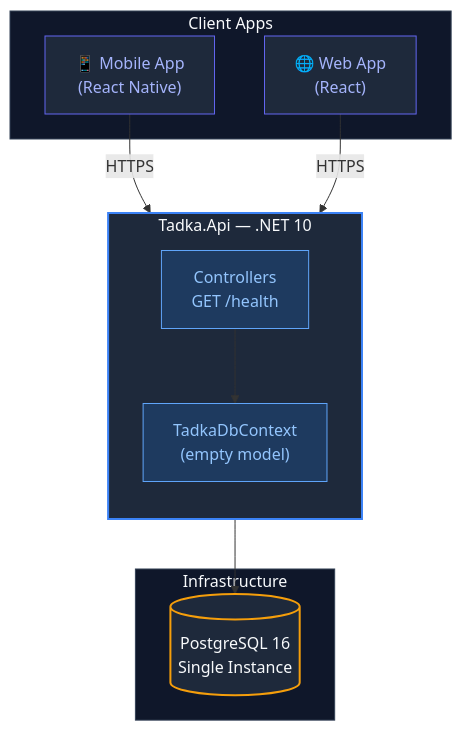
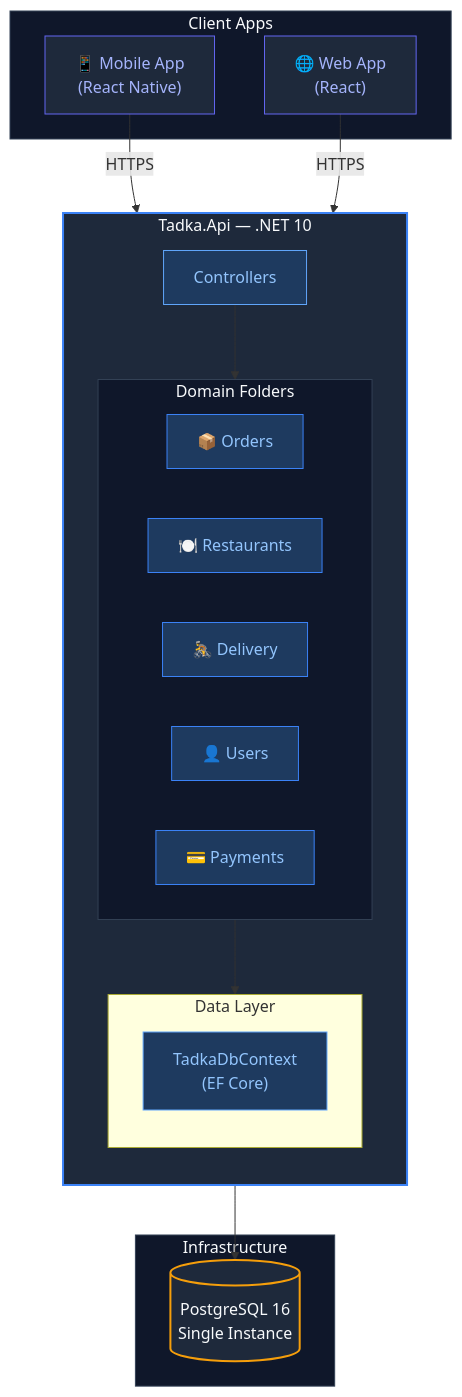
One commit to desiarchitect/tadka-cohort changed the diagram in docs/diagrams/day-01-monolith-architecture.md. Above: the diagram before and after it, drawn with Mermaid. The commit also changed other lines of this file and 32 other files, not shown here.

Commit message:
day-02: domain model, schema-per-domain, health/ready — same tree as tadka

````diff
--- a/docs/diagrams/day-01-monolith-architecture.md
+++ b/docs/diagrams/day-01-monolith-architecture.md
@@ -7,31 +7,51 @@
 ```mermaid
 graph TB
     subgraph Clients["Client Apps"]
         mobile["📱 Mobile App<br/>(React Native)"]
         web["🌐 Web App<br/>(React)"]
     end
 
     subgraph api["Tadka.Api — .NET 10"]
         direction TB
-        controllers["Controllers<br/>GET /health"]
-        dbcontext["TadkaDbContext<br/>(empty model)"]
-        controllers --> dbcontext
+        controllers["Controllers"]
+        
+        subgraph domains["Domain Folders"]
+            direction LR
+            orders["📦 Orders"]
+            restaurants["🍽️ Restaurants"]
+            delivery["🚴 Delivery"]
+            users["👤 Users"]
+            payments["💳 Payments"]
+        end
+        
+        subgraph data["Data Layer"]
+            dbcontext["TadkaDbContext<br/>(EF Core)"]
+        end
+        
+        controllers --> domains
+        domains --> data
     end
 
     subgraph infra["Infrastructure"]
         postgres[("PostgreSQL 16<br/>Single Instance")]
     end
 
     mobile -->|HTTPS| api
     web -->|HTTPS| api
     dbcontext --> postgres
 
     style api fill:#1e293b,stroke:#3b82f6,stroke-width:2px,color:#f8fafc
+    style domains fill:#0f172a,stroke:#334155,color:#f8fafc
     style infra fill:#0f172a,stroke:#334155,color:#f8fafc
     style Clients fill:#0f172a,stroke:#334155,color:#f8fafc
     style postgres fill:#1e293b,stroke:#f59e0b,stroke-width:2px,color:#f8fafc
+    style orders fill:#1e3a5f,stroke:#3b82f6,color:#93c5fd
+    style restaurants fill:#1e3a5f,stroke:#3b82f6,color:#93c5fd
+    style delivery fill:#1e3a5f,stroke:#3b82f6,color:#93c5fd
+    style users fill:#1e3a5f,stroke:#3b82f6,color:#93c5fd
+    style payments fill:#1e3a5f,stroke:#3b82f6,color:#93c5fd
     style controllers fill:#1e3a5f,stroke:#60a5fa,color:#93c5fd
     style dbcontext fill:#1e3a5f,stroke:#60a5fa,color:#93c5fd
     style mobile fill:#1e293b,stroke:#6366f1,color:#a5b4fc
     style web fill:#1e293b,stroke:#6366f1,color:#a5b4fc
 ```
````
